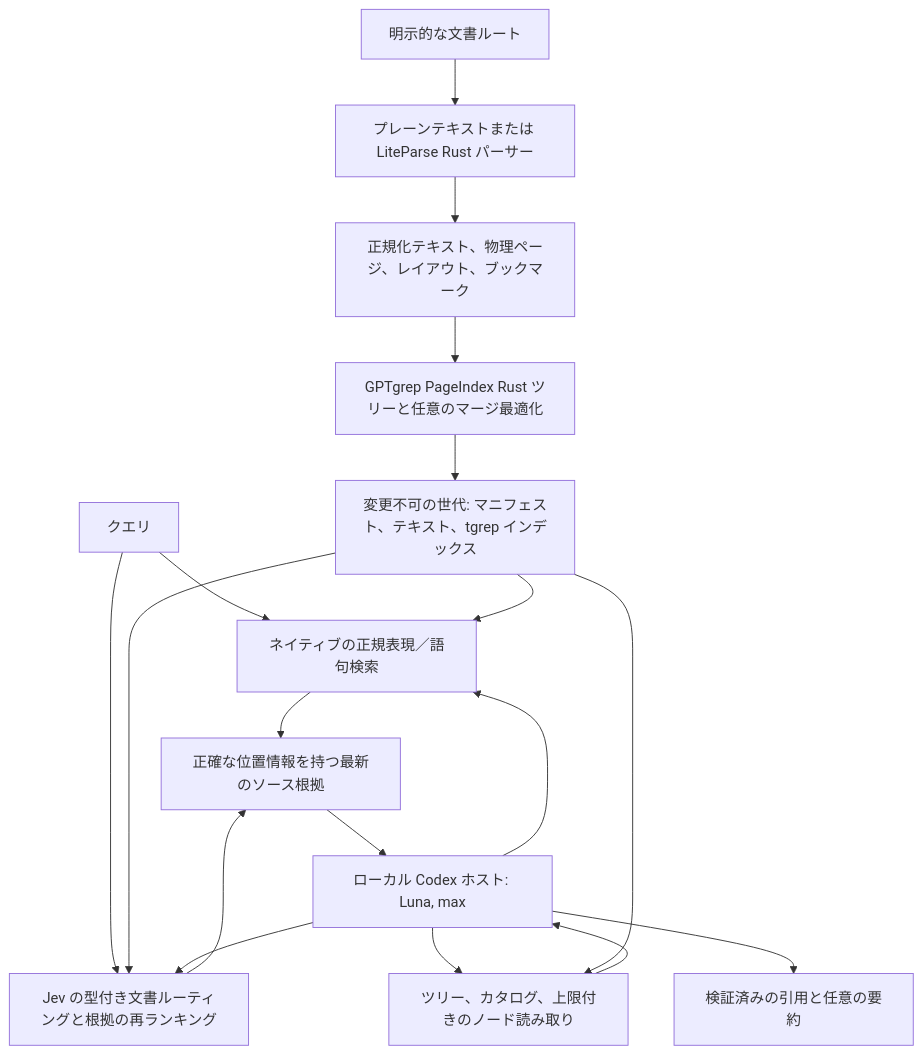
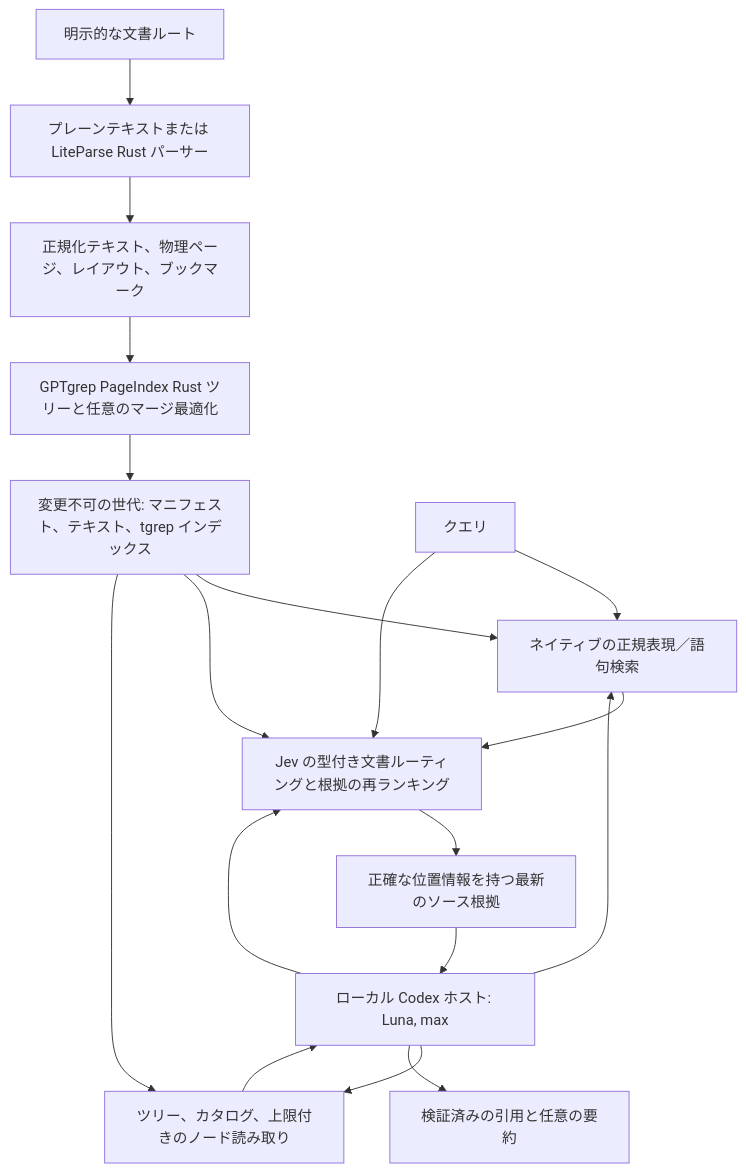
The diagram in docs/architecture.ja.md (CelHive-AI/gptgrep), drawn with Mermaid before and after one commit. The commit also changed other lines of this file and 44 other files, not shown here.

````diff
--- a/docs/architecture.ja.md
+++ b/docs/architecture.ja.md
@@ -9,20 +11,20 @@
 ```mermaid
 flowchart TD
   A[明示的な文書ルート] --> B[プレーンテキストまたは LiteParse Rust パーサー]
   B --> C[正規化テキスト、物理ページ、レイアウト、ブックマーク]
   C --> D[GPTgrep PageIndex Rust ツリーと任意のマージ最適化]
   D --> E[変更不可の世代: マニフェスト、テキスト、tgrep インデックス]
   Q[クエリ] --> F[ネイティブの正規表現／語句検索]
   E --> F
   Q --> G[Jev の型付き文書ルーティングと根拠の再ランキング]
   E --> G
-  F --> H[正確な位置情報を持つ最新のソース根拠]
-  G --> H
+  F --> G
+  G --> H[正確な位置情報を持つ最新のソース根拠]
   I[ローカル Codex ホスト: Luna, max] --> F
   I --> G
   I --> J[ツリー、カタログ、上限付きのノード読み取り]
   E --> J
   H --> I
   J --> I
   I --> K[検証済みの引用と任意の要約]
 ```
````
